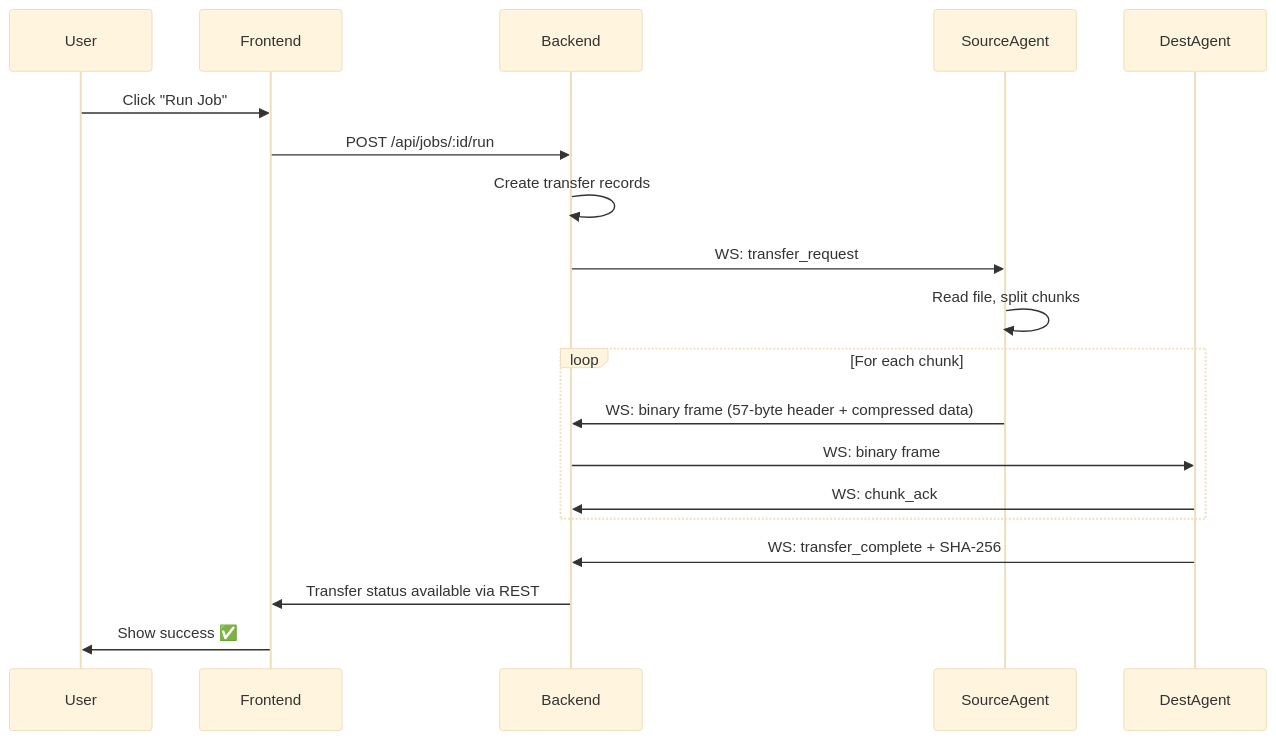
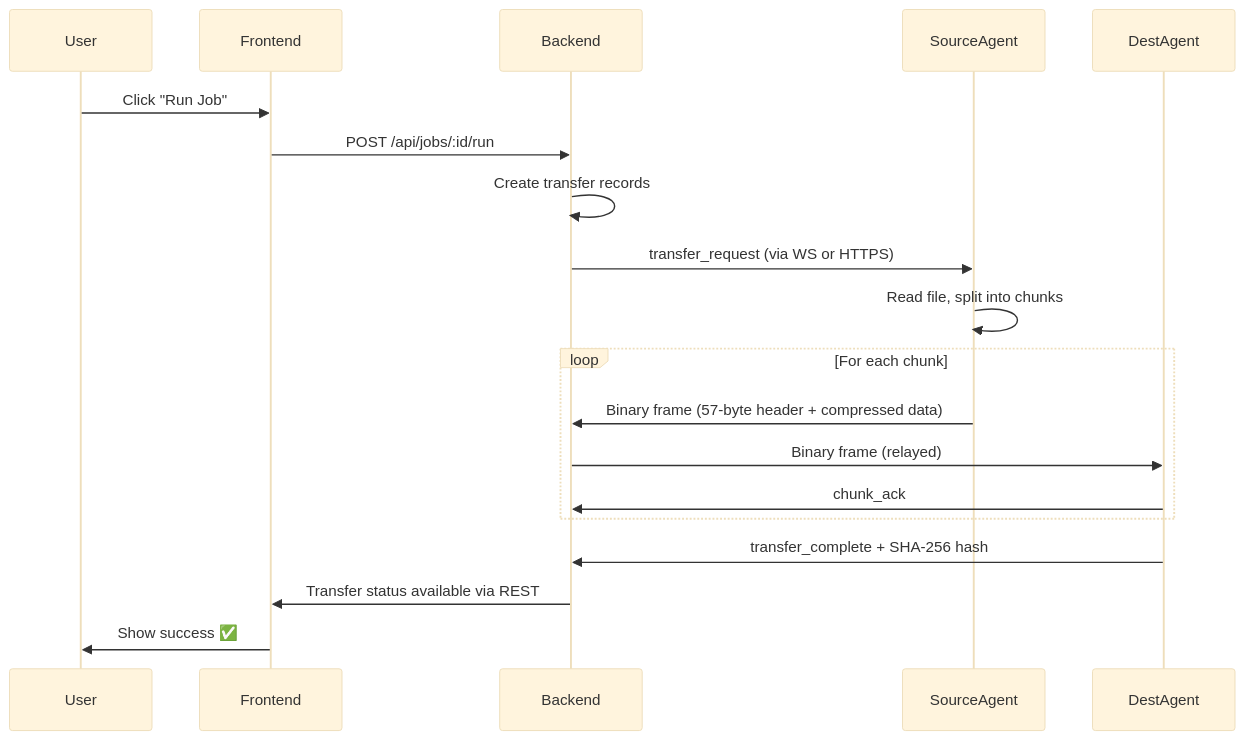
Before and after one commit to stefanposs/file-flux: the second of 2 diagrams in assets/mkdocs/architecture/overview.md, drawn with Mermaid (base theme). The commit also changed other lines of this file and 46 other files, not shown here.

First line of the commit message:
docs: highlight dual transport (WebSocket + HTTPS) across architecture docs

````diff
--- a/assets/mkdocs/architecture/overview.md
+++ b/assets/mkdocs/architecture/overview.md
@@ -55,22 +68,22 @@
 ```mermaid
 sequenceDiagram
     participant User
     participant Frontend
     participant Backend
     participant SourceAgent
     participant DestAgent
 
     User->>Frontend: Click "Run Job"
     Frontend->>Backend: POST /api/jobs/:id/run
     Backend->>Backend: Create transfer records
-    Backend->>SourceAgent: WS: transfer_request
-    SourceAgent->>SourceAgent: Read file, split chunks
+    Backend->>SourceAgent: transfer_request (via WS or HTTPS)
+    SourceAgent->>SourceAgent: Read file, split into chunks
     loop For each chunk
-        SourceAgent->>Backend: WS: binary frame (57-byte header + compressed data)
-        Backend->>DestAgent: WS: binary frame
-        DestAgent->>Backend: WS: chunk_ack
+        SourceAgent->>Backend: Binary frame (57-byte header + compressed data)
+        Backend->>DestAgent: Binary frame (relayed)
+        DestAgent->>Backend: chunk_ack
     end
-    DestAgent->>Backend: WS: transfer_complete + SHA-256
+    DestAgent->>Backend: transfer_complete + SHA-256 hash
     Backend->>Frontend: Transfer status available via REST
     Frontend->>User: Show success ✅
 ```
````
